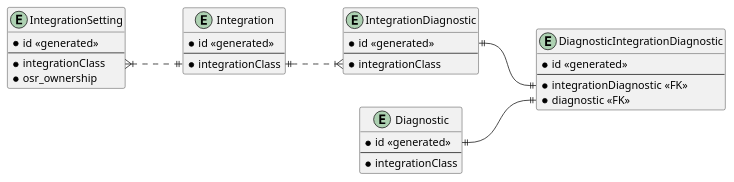
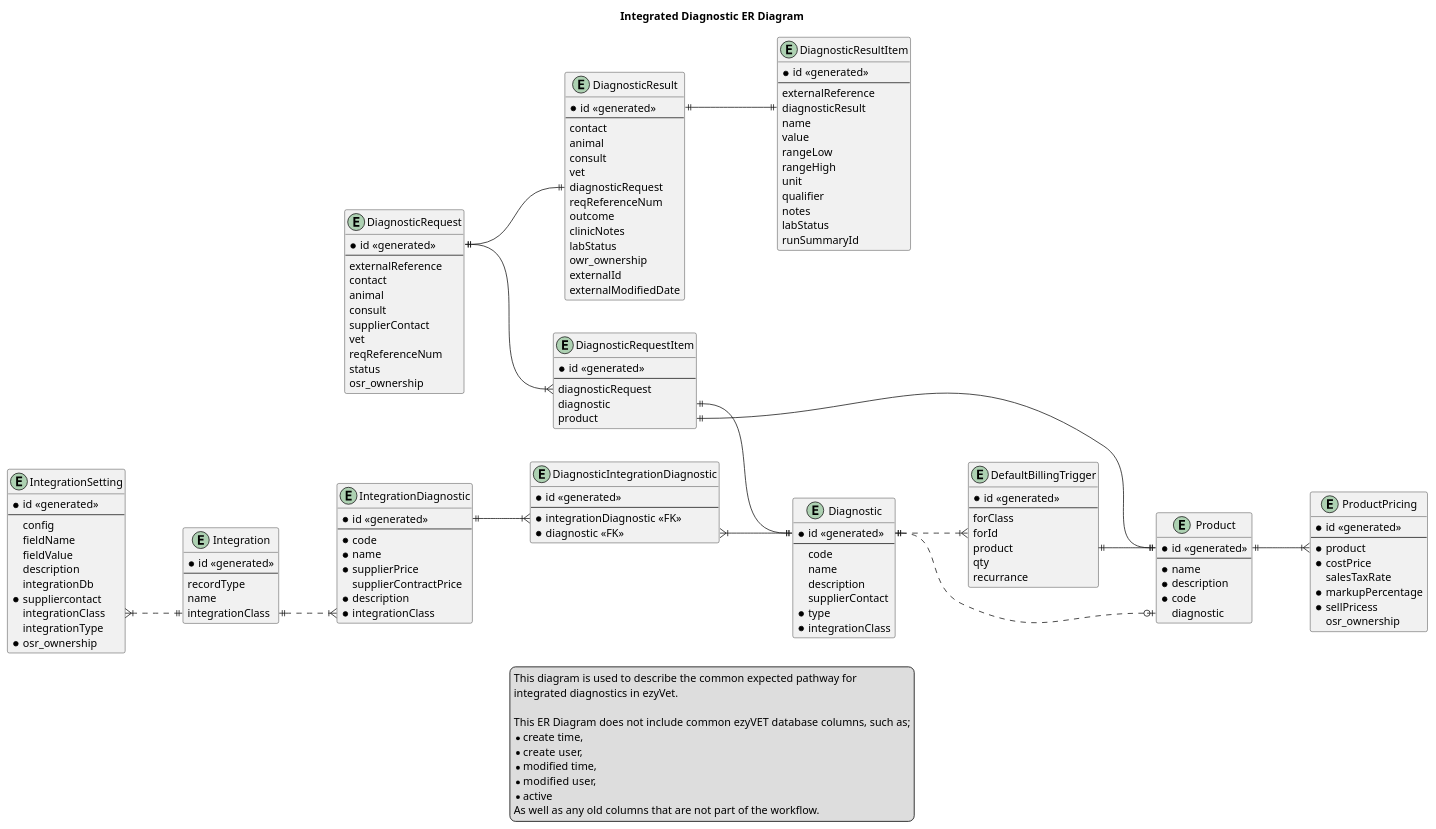
Before and after one commit to krishangordhan/PlantUML: the diagram in Pricing Update/EntityRelationshipDiagram.puml, drawn with PlantUML. The commit also changed 2 other files, not shown here.

Commit message:
Finishing up entity relationship diagram.

```diff
--- a/Pricing Update/EntityRelationshipDiagram.puml
+++ b/Pricing Update/EntityRelationshipDiagram.puml
@@ -1,44 +1,174 @@
 @startuml Diagnostic
 
 left to right direction
 hide empty members
 
+title "Integrated Diagnostic ER Diagram"
+
+legend 
+    This diagram is used to describe the common expected pathway for
+    integrated diagnostics in ezyVet.
+    
+    This ER Diagram does not include common ezyVET database columns, such as;
+    * create time,
+    * create user,
+    * modified time,
+    * modified user,
+    * active
+    As well as any old columns that are not part of the workflow.
+end legend
+
 entity "IntegrationDiagnostic" as ID {
     * id <<generated>>
     --
+    * code
+    * name
+    * supplierPrice
+    supplierContractPrice
+    * description
     * integrationClass
 }
 
 entity "DiagnosticIntegrationDiagnostic" as DID {
     * id <<generated>>
     --
     * integrationDiagnostic <<FK>>
     * diagnostic <<FK>>
 }
 
 entity "Diagnostic" as D {
     * id <<generated>>
     --
+    code
+    name
+    description
+    supplierContact
+    * type
     * integrationClass
 }
 
 entity "Integration" as I {
     * id <<generated>>
     --
-    * integrationClass
+    recordType
+    name
+    integrationClass
 }
 
 entity "IntegrationSetting" as IS {
     * id <<generated>>
     --
-    * integrationClass
+    config
+    fieldName
+    fieldValue
+    description
+    integrationDb
+    * suppliercontact
+    integrationClass
+    integrationType
     * osr_ownership
 }
 
-ID::id ||--|| DID::integrationDiagnostic
-D::id ||--|| DID::diagnostic
+entity "DefaultBillingTrigger" as DBT {
+    * id <<generated>>
+    --
+     forClass
+     forId
+     product
+     qty
+     recurrance
+}
+
+entity "Product" as P {
+    * id <<generated>>
+    --
+    * name
+    * description
+    * code
+    diagnostic
+}
+
+entity "ProductPricing" as PP {
+    * id <<generated>>
+    --
+    * product
+    * costPrice
+    salesTaxRate
+    * markupPercentage
+    * sellPricess
+    osr_ownership
+}
+
+entity "DiagnosticRequest" as DR {
+     * id <<generated>>
+    --
+    externalReference
+    contact
+    animal
+    consult
+    supplierContact
+    vet
+    reqReferenceNum
+    status
+    osr_ownership
+}
+
+entity "DiagnosticRequestItem" as DRI {
+    * id <<generated>>
+    --
+    diagnosticRequest
+    diagnostic
+    product
+}
+
+entity "DiagnosticResult" as DRS {
+    * id <<generated>>
+    --
+    contact
+    animal
+    consult
+    vet
+    diagnosticRequest
+    reqReferenceNum
+    outcome
+    clinicNotes
+    labStatus
+    owr_ownership
+    externalId
+    externalModifiedDate
+}
+
+entity "DiagnosticResultItem" as DRSI {
+    * id <<generated>>
+    --
+    externalReference
+    diagnosticResult
+    name
+    value
+    rangeLow
+    rangeHigh
+    unit
+    qualifier
+    notes
+    labStatus
+    runSummaryId
+}
+
+
+ID::id ||--|{ DID::integrationDiagnostic
+DID::diagnostic }|--|| D::id
 I::integrationClass ||..|{ID::integrationClass
 IS::integrationClass }|..||I::integrationClass
+'ID::integrationClass }|..||IS::integrationClass
+D::id ||..|{ DBT::forId
+DBT::product||--||P::id
+P::id||--|{PP::product
+P::diagnostic |o..||D::id
+DR::id||--|{DRI::diagnosticRequest
+DRI::product||--||P::id
+DRI::diagnostic||--||D::id
+DR::id||--||DRS::diagnosticRequest
+DRS::id||--||DRSI::diagnosticResult
 
 
 @enduml
```
